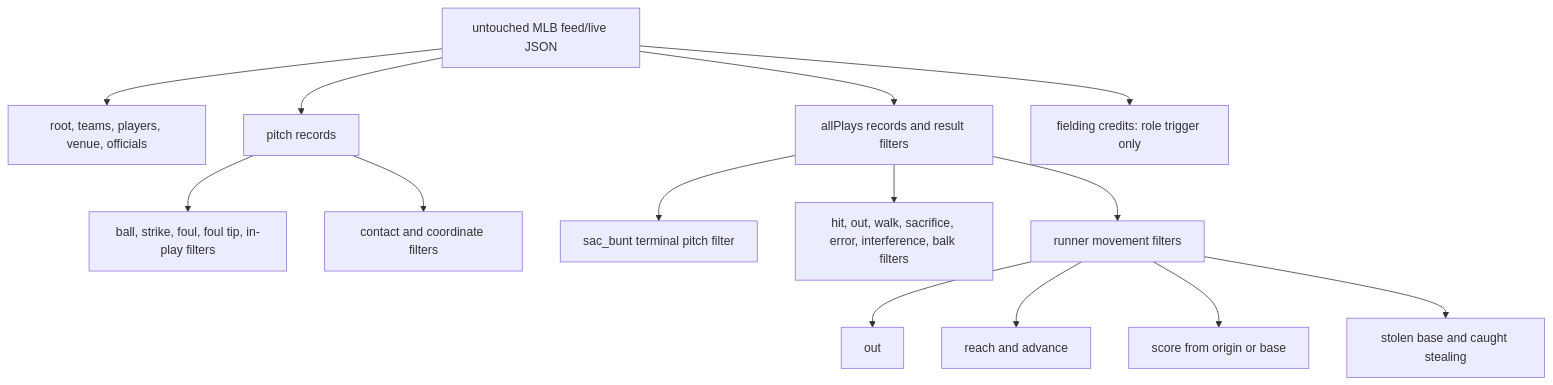
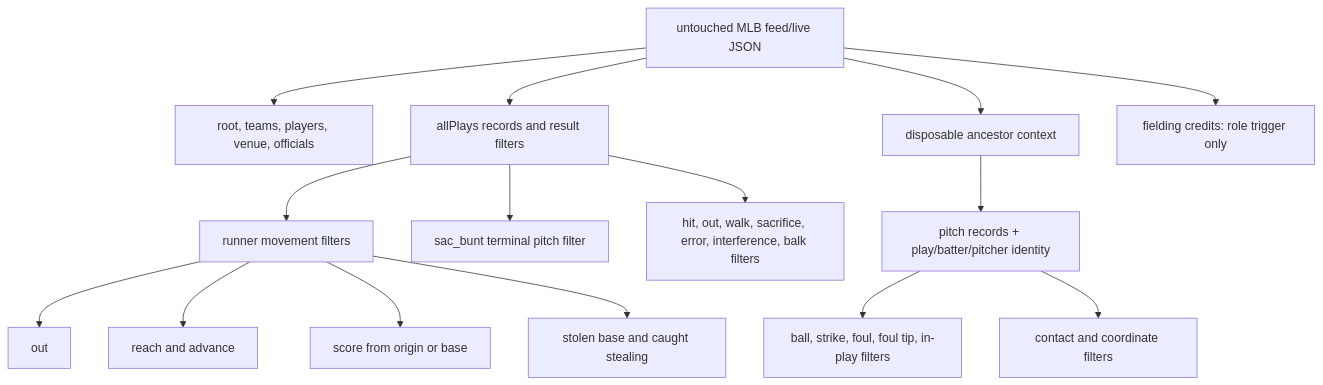
One commit to CarterBeauBenson/BaseballO changed the diagram in Baseball/mermaid/02-logical-sources.md. Above: the diagram before and after it, drawn with Mermaid. The commit also changed other lines of this file and 115 other files, not shown here.

````diff
--- a/Baseball/mermaid/02-logical-sources.md
+++ b/Baseball/mermaid/02-logical-sources.md
@@ -3,16 +3,17 @@
 ```mermaid
 flowchart TD
     RAW["untouched MLB feed/live JSON"] --> ROOT["root, teams, players, venue, officials"]
     RAW --> PLAY["allPlays records and result filters"]
-    RAW --> PITCH["pitch records"]
+    RAW --> CTX["disposable ancestor context"]
+    CTX --> PITCH["pitch records + play/batter/pitcher identity"]
     PITCH --> CALL["ball, strike, foul, foul tip, in-play filters"]
     PITCH --> PHYSICAL["contact and coordinate filters"]
     PLAY --> BUNT["sac_bunt terminal pitch filter"]
     PLAY --> RESULT["hit, out, walk, sacrifice, error, interference, balk filters"]
     PLAY --> RUNNER["runner movement filters"]
     RUNNER --> OUT["out"]
     RUNNER --> SAFE["reach and advance"]
     RUNNER --> RUN["score from origin or base"]
     RUNNER --> STEAL["stolen base and caught stealing"]
     RAW --> FIELDING["fielding credits: role trigger only"]
 ```
````
